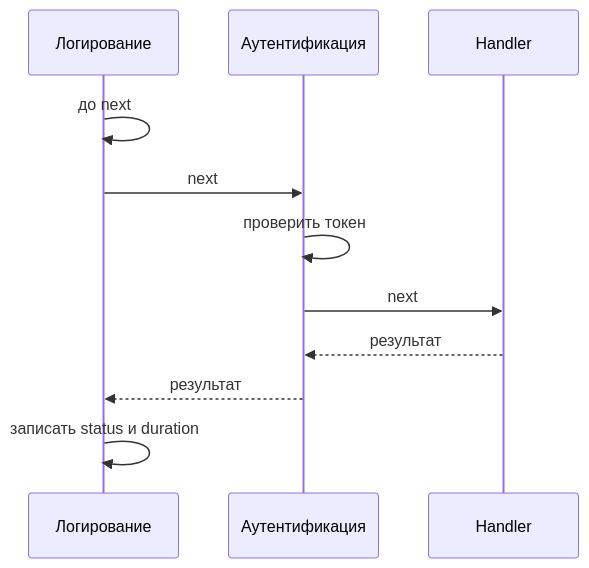
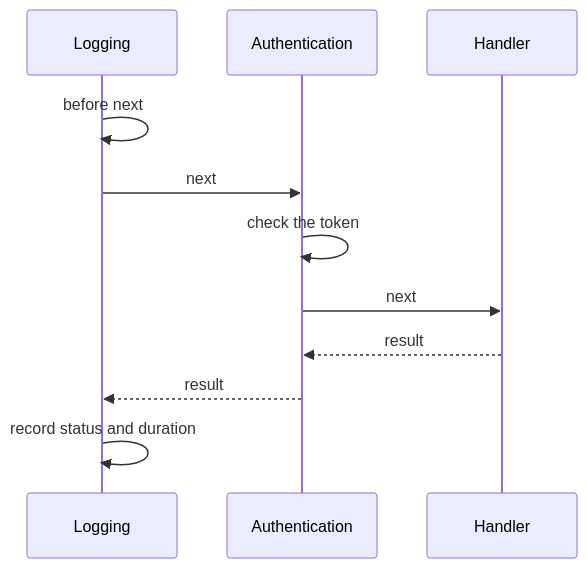
The second of 2 diagrams in courses-content/backend/A/1/en/0.5 Middleware.md (pavel-skripko-innowise/inno-fe-be-a1), drawn with Mermaid before and after one commit. The commit also changed other lines of this file and 35 other files, not shown here.

````diff
--- a/courses-content/backend/A/1/en/0.5 Middleware.md
+++ b/courses-content/backend/A/1/en/0.5 Middleware.md
@@ -69,13 +69,13 @@
 ```mermaid
 sequenceDiagram
-  participant L as Логирование
-  participant A as Аутентификация
+  participant L as Logging
+  participant A as Authentication
   participant H as Handler
-  L->>L: до next
+  L->>L: before next
   L->>A: next
-  A->>A: проверить токен
+  A->>A: check the token
   A->>H: next
-  H-->>A: результат
-  A-->>L: результат
-  L->>L: записать status и duration
+  H-->>A: result
+  A-->>L: result
+  L->>L: record status and duration
 ```
````
